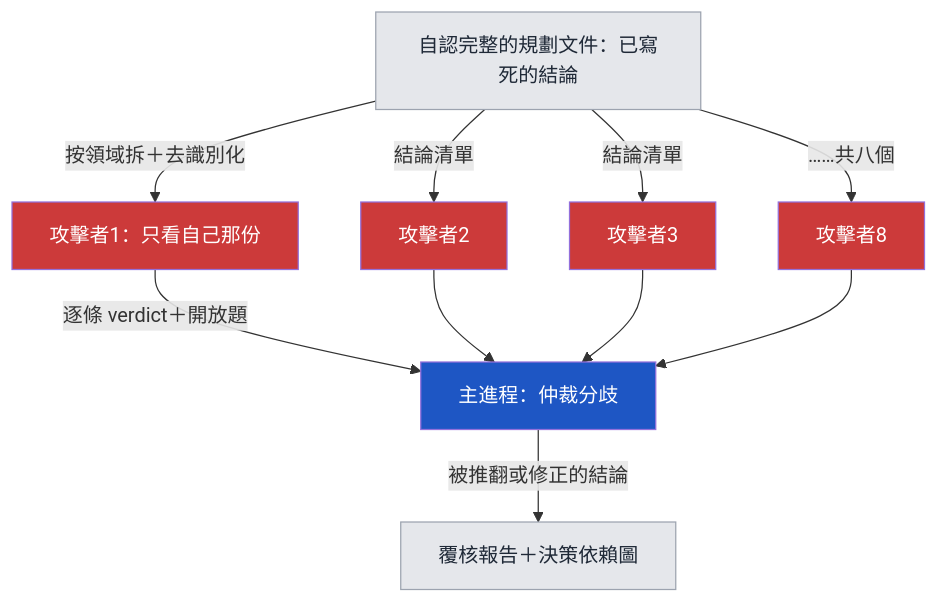
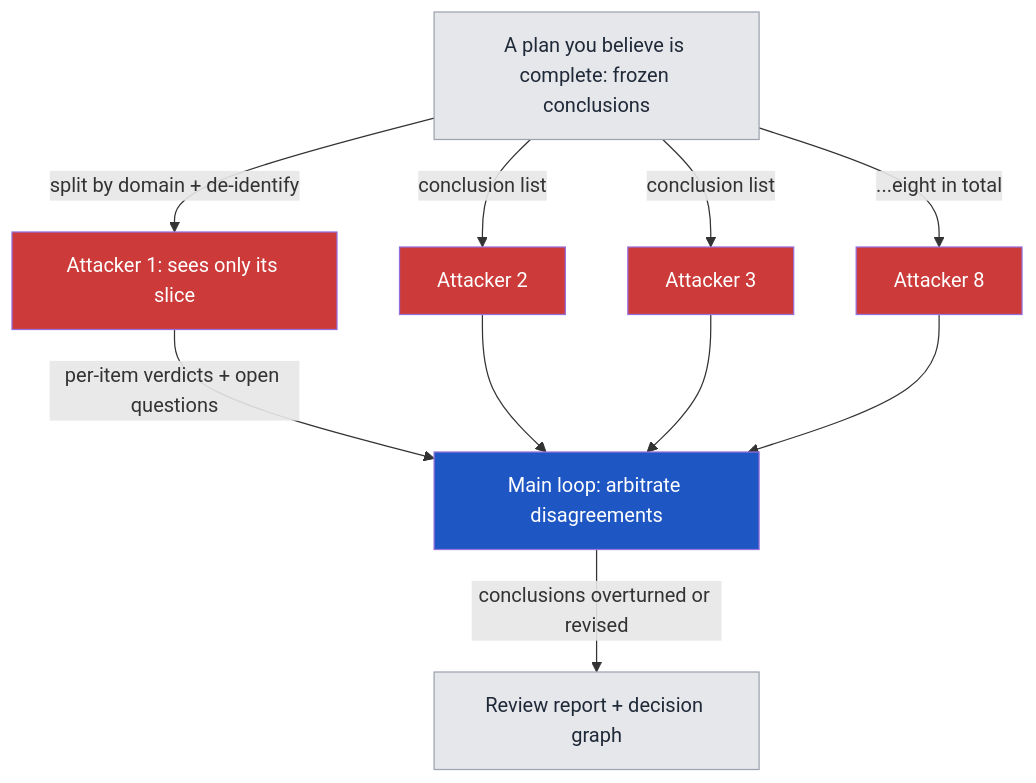
One commit to InjayTseng/graph-engineering-on-research changed the third of 3 diagrams in README.md. Above: the diagram before and after it, drawn with Mermaid. The commit also changed other lines of this file and 7 other files, not shown here.

````diff
--- a/README.md
+++ b/README.md
@@ -71,22 +71,22 @@
 ```mermaid
 graph TD
-    P[自認完整的規劃文件：已寫死的結論] -->|按領域拆＋去識別化| G1[攻擊者1：只看自己那份]
-    P -->|結論清單| G2[攻擊者2]
-    P -->|結論清單| G3[攻擊者3]
-    P -->|……共八個| G8[攻擊者8]
+    P[A plan you believe is complete: frozen conclusions] -->|split by domain + de-identify| G1[Attacker 1: sees only its slice]
+    P -->|conclusion list| G2[Attacker 2]
+    P -->|conclusion list| G3[Attacker 3]
+    P -->|...eight in total| G8[Attacker 8]
 
-    G1 -->|逐條 verdict＋開放題| J[主進程：仲裁分歧]
+    G1 -->|per-item verdicts + open questions| J[Main loop: arbitrate disagreements]
     G2 --> J
     G3 --> J
     G8 --> J
 
-    J -->|被推翻或修正的結論| R[覆核報告＋決策依賴圖]
+    J -->|conclusions overturned or revised| R[Review report + decision graph]
 
     style P fill:#e5e7eb,stroke:#9ca3af,color:#1f2937
     style G1 fill:#cc3a3a,color:#fff
     style G2 fill:#cc3a3a,color:#fff
     style G3 fill:#cc3a3a,color:#fff
     style G8 fill:#cc3a3a,color:#fff
     style J fill:#1e56c4,color:#fff
     style R fill:#e5e7eb,stroke:#9ca3af,color:#1f2937
 ```
````
